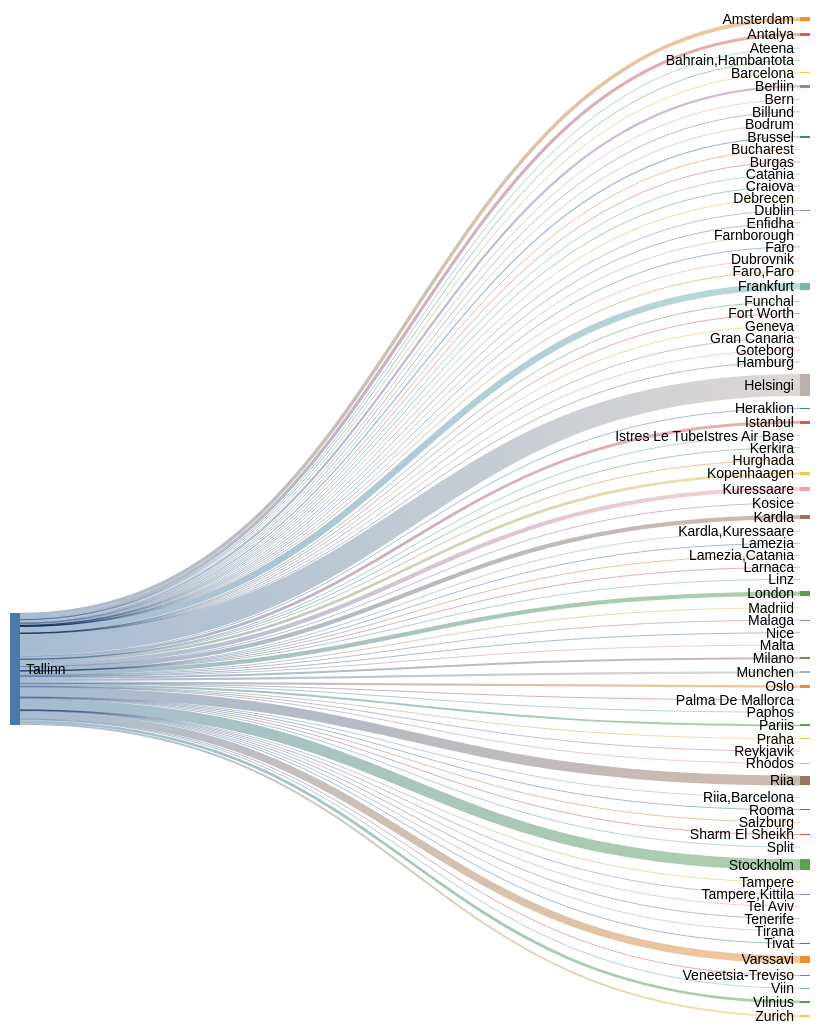
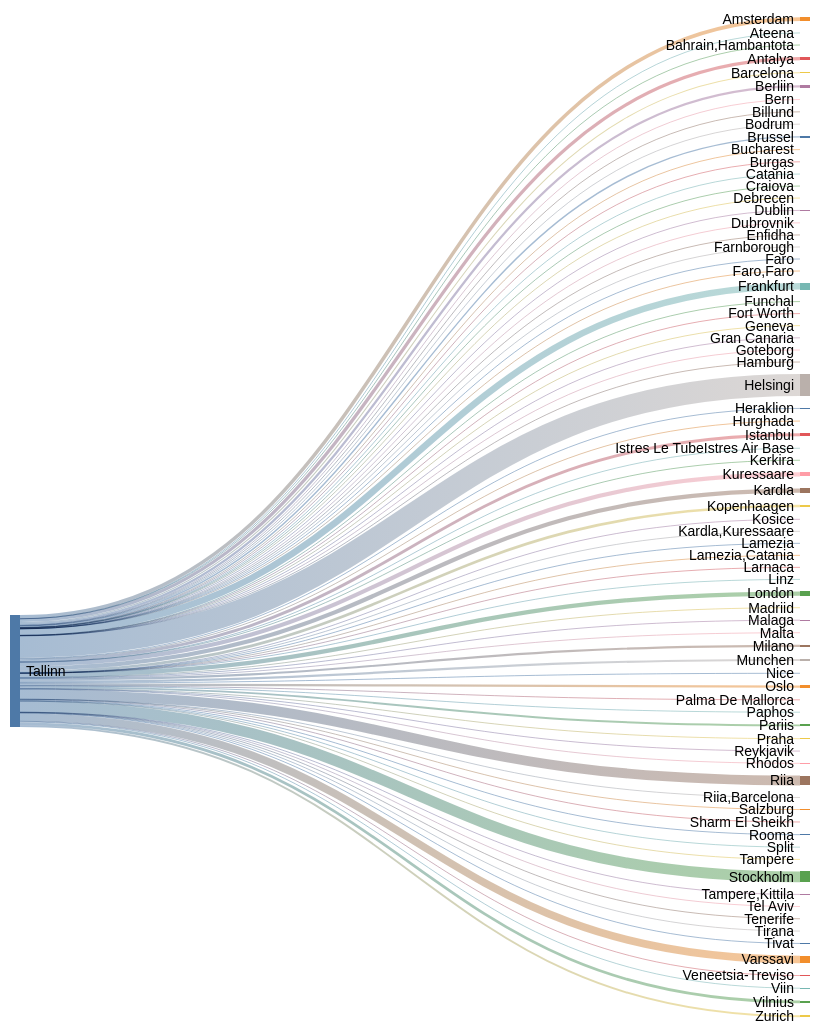
One commit to rainermesi/tll-airport-departures changed the second of 2 diagrams in README.md. Above: the diagram before and after it, drawn with Mermaid (forest theme). The commit also changed other lines of this file and 1 other file, not shown here.

````diff
--- a/README.md
+++ b/README.md
@@ -41,16 +41,16 @@
 ---
 sankey-beta
 %% source,target,value
-Tallinn,Amsterdam,471
-Tallinn,Antalya,426
+Tallinn,Amsterdam,473
+Tallinn,Antalya,427
 Tallinn,Ateena,16
 Tallinn,"Bahrain,Hambantota",1
-Tallinn,Barcelona,131
+Tallinn,Barcelona,133
 Tallinn,Berliin,300
 Tallinn,Bern,1
-Tallinn,Billund,75
+Tallinn,Billund,76
 Tallinn,Bodrum,11
-Tallinn,Brussel,184
+Tallinn,Brussel,185
 Tallinn,Bucharest,1
 Tallinn,Burgas,56
 Tallinn,Catania,2
@@ -63,30 +63,30 @@
 Tallinn,Faro,4
 Tallinn,"Faro,Faro",1
 Tallinn,Fort Worth,1
-Tallinn,Frankfurt,861
+Tallinn,Frankfurt,864
 Tallinn,Funchal,5
 Tallinn,Geneva,13
 Tallinn,Gran Canaria,38
 Tallinn,Goteborg,2
 Tallinn,Hamburg,2
-Tallinn,Helsingi,2903
-Tallinn,Heraklion,96
+Tallinn,Helsingi,2913
+Tallinn,Heraklion,97
 Tallinn,Hurghada,75
-Tallinn,Istanbul,379
+Tallinn,Istanbul,380
 Tallinn,Istres Le TubeIstres Air Base,2
 Tallinn,Kerkira,4
-Tallinn,Kopenhaagen,351
+Tallinn,Kopenhaagen,353
 Tallinn,Kosice,1
-Tallinn,Kuressaare,550
-Tallinn,Kardla,552
+Tallinn,Kuressaare,552
+Tallinn,Kardla,554
 Tallinn,"Kardla,Kuressaare",1
 Tallinn,Lamezia,1
 Tallinn,"Lamezia,Catania",3
 Tallinn,Larnaca,4
 Tallinn,Linz,2
-Tallinn,London,568
+Tallinn,London,570
 Tallinn,Madriid,3
-Tallinn,Malaga,116
+Tallinn,Malaga,117
 Tallinn,Malta,28
 Tallinn,Milano,270
 Tallinn,Munchen,294
@@ -95,27 +95,27 @@
 Tallinn,Palma De Mallorca,32
 Tallinn,Paphos,66
 Tallinn,Pariis,252
-Tallinn,Praha,83
+Tallinn,Praha,84
 Tallinn,Reykjavik,18
 Tallinn,Rhodos,58
-Tallinn,Riia,1304
+Tallinn,Riia,1309
 Tallinn,"Riia,Barcelona",1
 Tallinn,Rooma,80
 Tallinn,Salzburg,14
 Tallinn,Sharm El Sheikh,102
 Tallinn,Split,51
-Tallinn,Stockholm,1430
+Tallinn,Stockholm,1436
 Tallinn,Tampere,17
 Tallinn,"Tampere,Kittila",21
 Tallinn,Tel Aviv,2
 Tallinn,Tenerife,58
 Tallinn,Tirana,32
 Tallinn,Tivat,64
-Tallinn,Varssavi,1002
+Tallinn,Varssavi,1005
 Tallinn,Veneetsia-Treviso,67
 Tallinn,Viin,106
-Tallinn,Vilnius,362
-Tallinn,Zurich,257
+Tallinn,Vilnius,363
+Tallinn,Zurich,258
 
 
 ```
````
